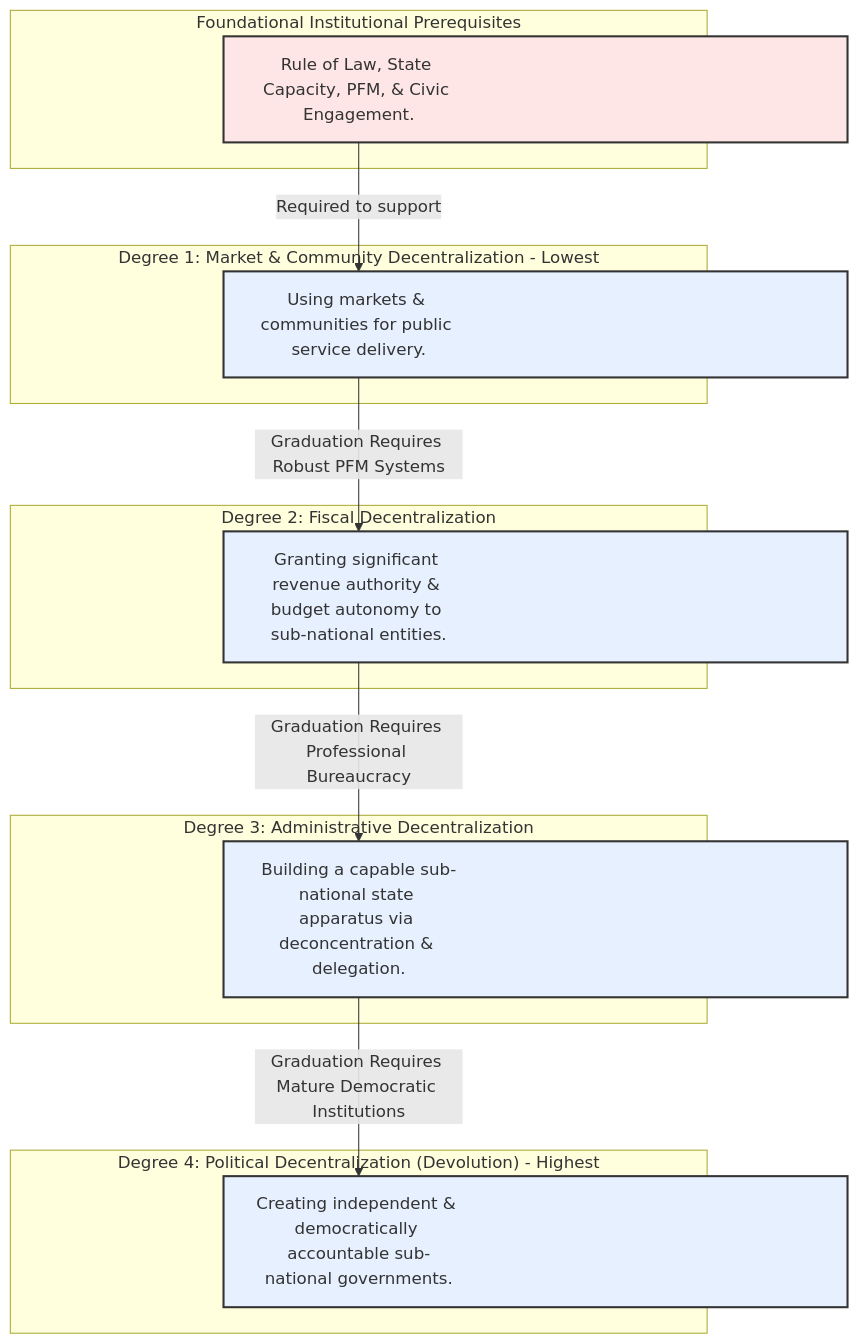
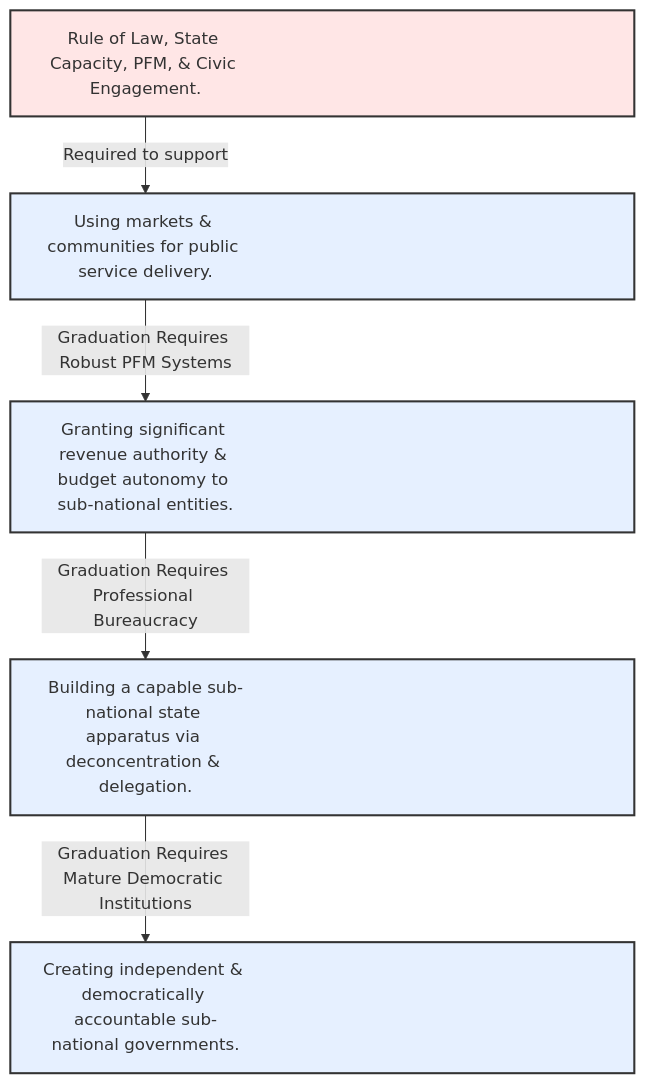
One commit to Aboutorabi/2.1.md changed the diagram in 2.1.md. Above: the diagram before and after it, drawn with Mermaid.

````diff
--- a/2.1.md
+++ b/2.1.md
@@ -1,41 +1,23 @@
 ```mermaid
-%%{init: {'themeCSS': '.label foreignObject span { white-space: nowrap; text-align: center; }'}}%%
+%%{init: {'themeCSS': '.label foreignObject span { text-align: center; white-space: nowrap; }'}}%%
 graph TD
-    %% Degree 4
-    subgraph "Degree 4: Political Decentralization (Devolution) - Highest"
-        D4["Creating independent & democratically accountable sub-national governments."]
-    end
-
-    %% Degree 3
-    subgraph "Degree 3: Administrative Decentralization"
-        D3["Building a capable sub-national state apparatus via deconcentration & delegation."]
-    end
-
-    %% Degree 2
-    subgraph "Degree 2: Fiscal Decentralization"
-        D2["Granting significant revenue authority & budget autonomy to sub-national entities."]
-    end
-
-    %% Degree 1
-    subgraph "Degree 1: Market & Community Decentralization - Lowest"
-        D1["Using markets & communities for public service delivery."]
-    end
-    
-    %% Prerequisites
-    subgraph "Foundational Institutional Prerequisites"
-        F["Rule of Law, State Capacity, PFM, & Civic Engagement."]
-    end
+    %% Nodes (all single line)
+    F["Rule of Law, State Capacity, PFM, & Civic Engagement."]
+    D1["Using markets & communities for public service delivery."]
+    D2["Granting significant revenue authority & budget autonomy to sub-national entities."]
+    D3["Building a capable sub-national state apparatus via deconcentration & delegation."]
+    D4["Creating independent & democratically accountable sub-national governments."]
 
     %% Arrows
     F -->|Required to support| D1
     D1 -->|Graduation Requires Robust PFM Systems| D2
     D2 -->|Graduation Requires Professional Bureaucracy| D3
     D3 -->|Graduation Requires Mature Democratic Institutions| D4
 
-    %% Styling (uniform widths, centered)
+    %% Styling (all centered, same width)
     style F  fill:#ffe6e6,stroke:#333,stroke-width:2px,width:600px
     style D1 fill:#e6f0ff,stroke:#333,stroke-width:2px,width:600px
     style D2 fill:#e6f0ff,stroke:#333,stroke-width:2px,width:600px
     style D3 fill:#e6f0ff,stroke:#333,stroke-width:2px,width:600px
     style D4 fill:#e6f0ff,stroke:#333,stroke-width:2px,width:600px
 ```
````
